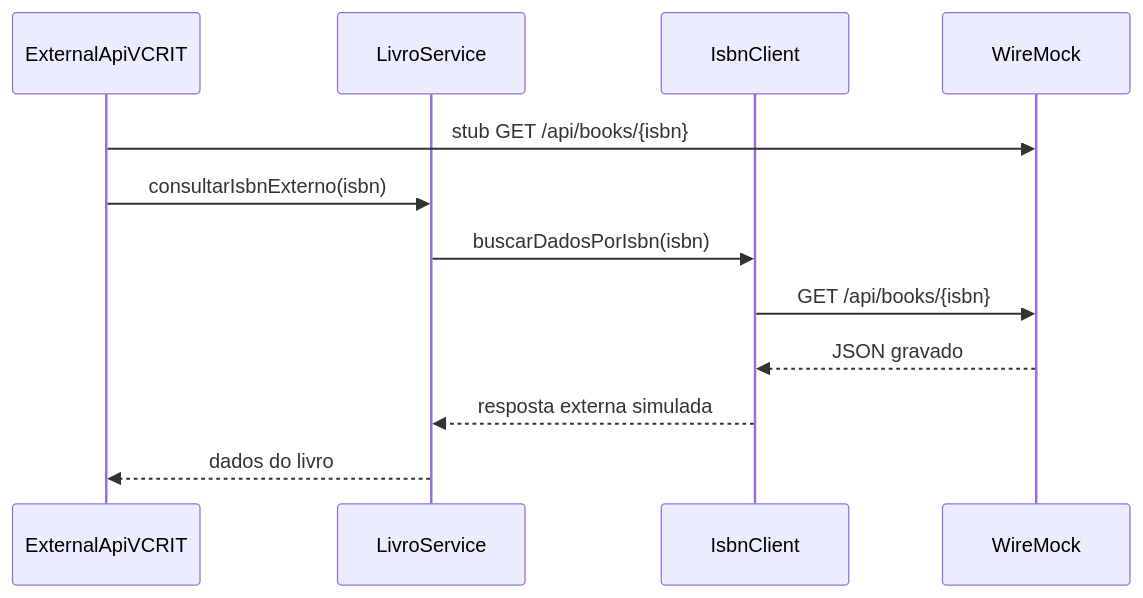
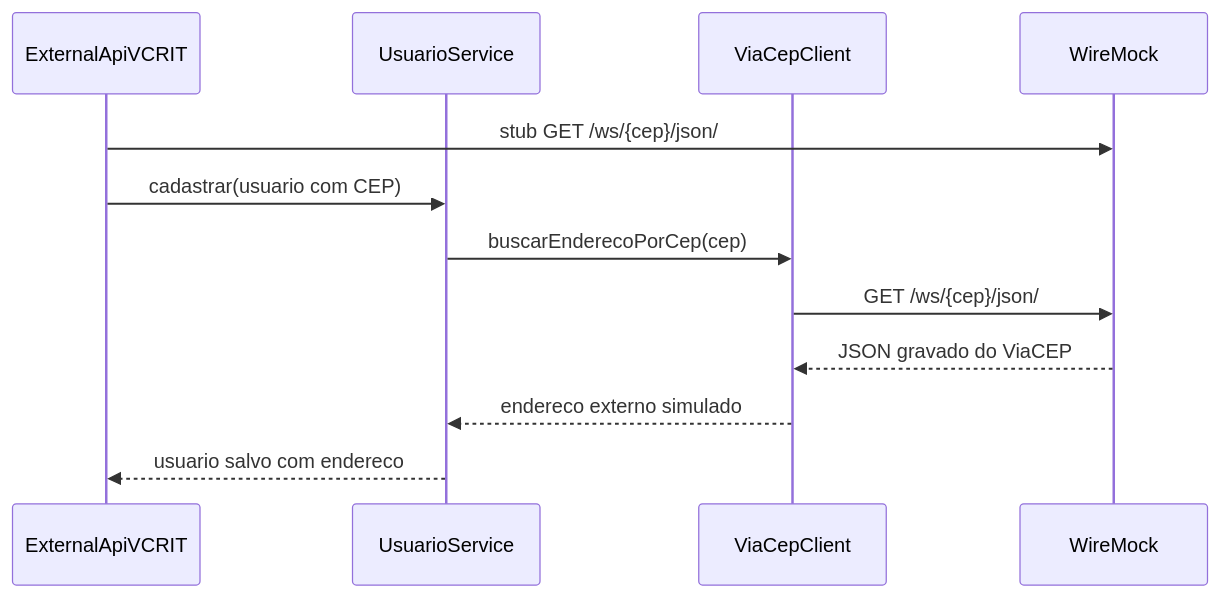
One commit to rafalima1907/gerenciador_bibliotecas changed the fifth of 5 diagrams in RTM.md. Above: the diagram before and after it, drawn with Mermaid. The commit also changed other lines of this file and 17 other files, not shown here.

Commit message:
Integrado API ViaCEP e feito melhorias na aplicação

````diff
--- a/RTM.md
+++ b/RTM.md
@@ -123,15 +123,15 @@
 ```mermaid
 sequenceDiagram
     participant T as ExternalApiVCRIT
-    participant S as LivroService
-    participant I as IsbnClient
+    participant S as UsuarioService
+    participant V as ViaCepClient
     participant W as WireMock
 
-    T->>W: stub GET /api/books/{isbn}
-    T->>S: consultarIsbnExterno(isbn)
-    S->>I: buscarDadosPorIsbn(isbn)
-    I->>W: GET /api/books/{isbn}
-    W-->>I: JSON gravado
-    I-->>S: resposta externa simulada
-    S-->>T: dados do livro
+    T->>W: stub GET /ws/{cep}/json/
+    T->>S: cadastrar(usuario com CEP)
+    S->>V: buscarEnderecoPorCep(cep)
+    V->>W: GET /ws/{cep}/json/
+    W-->>V: JSON gravado do ViaCEP
+    V-->>S: endereco externo simulado
+    S-->>T: usuario salvo com endereco
 ```
````
